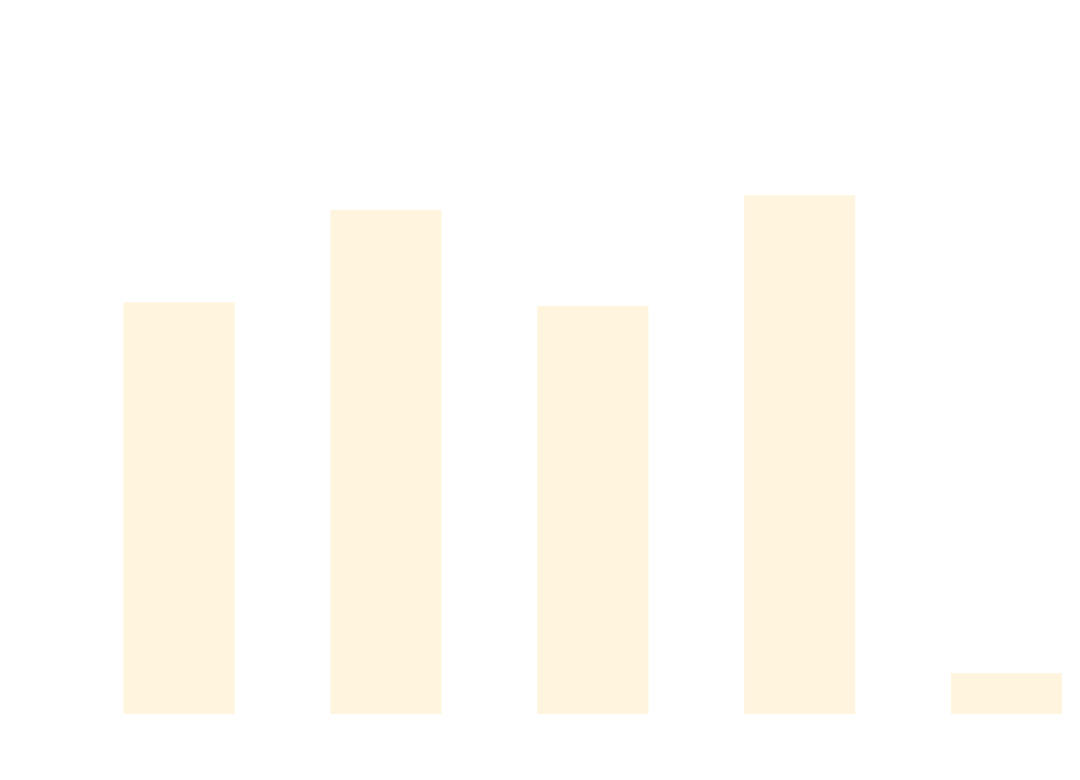
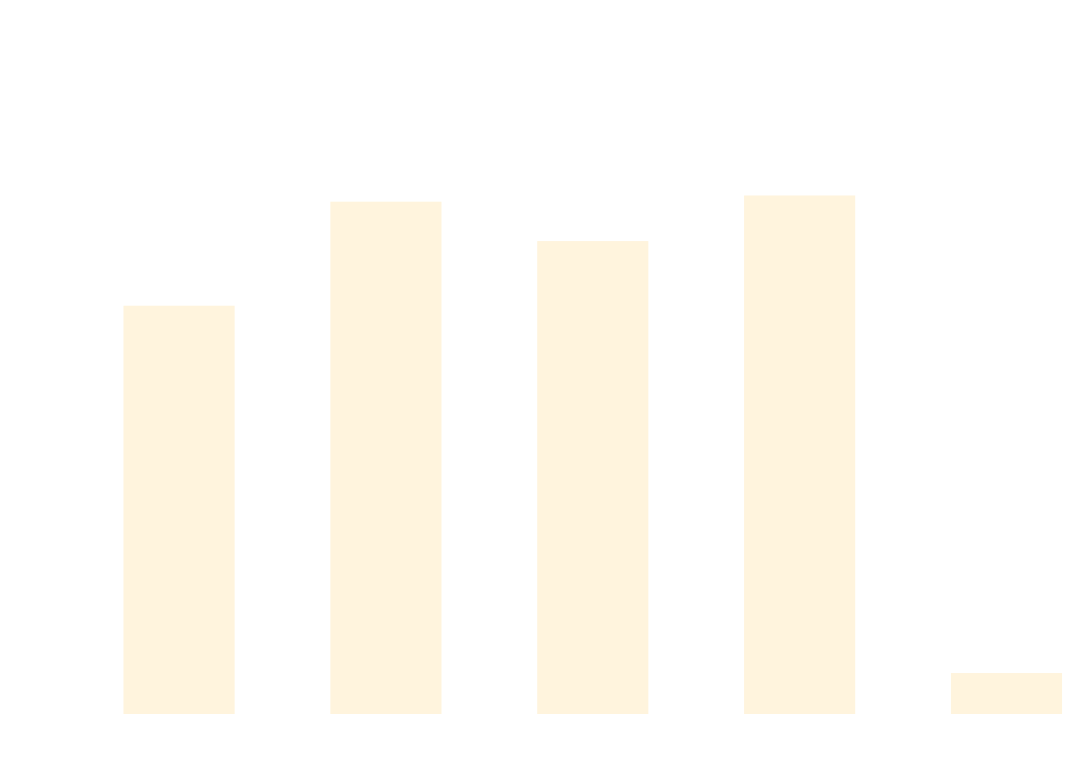
The diagram in docs/docs/benchmarks/ScaleTests.md (thomhurst/TUnit), drawn with Mermaid before and after one commit. The commit also changed other lines of this file and 17 other files, not shown here.

````diff
--- a/docs/docs/benchmarks/ScaleTests.md
+++ b/docs/docs/benchmarks/ScaleTests.md
@@ -27,37 +27,37 @@
 ```mermaid
 %%{init: {
   'theme':'base',
   'themeVariables': {
     'primaryColor': '#2563eb',
     'primaryTextColor': '#ffffff',
     'primaryBorderColor': '#1e40af',
     'lineColor': '#6b7280',
     'secondaryColor': '#7c3aed',
     'tertiaryColor': '#dc2626',
     'background': '#ffffff',
     'mainBkg': '#2563eb',
     'secondBkg': '#7c3aed',
     'tertiaryBkg': '#dc2626',
     'clusterBkg': '#f3f4f6',
     'edgeLabelBackground': '#ffffff',
     'tertiaryTextColor': '#1f2937',
     'pie1': '#2563eb',
     'pie2': '#7c3aed',
     'pie3': '#dc2626',
     'pie4': '#f59e0b',
     'pie5': '#10b981',
     'pie6': '#06b6d4',
     'pie7': '#ec4899',
     'pie8': '#6366f1',
     'pie9': '#84cc16',
     'pie10': '#f97316',
     'pie11': '#14b8a6',
     'pie12': '#a855f7'
   }
 }}%%
 xychart-beta
   title "ScaleTests Performance Comparison"
   x-axis ["TUnit", "NUnit", "MSTest", "xUnit3", "TUnit_AOT"]
-  y-axis "Time (ms)" 0 --> 717
-  bar [470.72, 579.96, 466.58, 596.97, 33.01]
+  y-axis "Time (ms)" 0 --> 736
+  bar [479.2, 605.25, 557.5, 612.77, 34.18]
 ```
````
